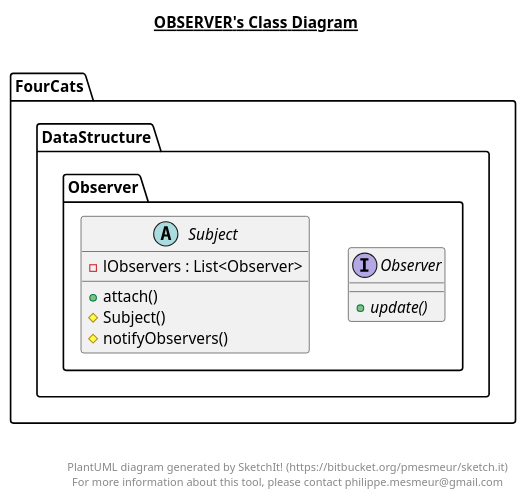
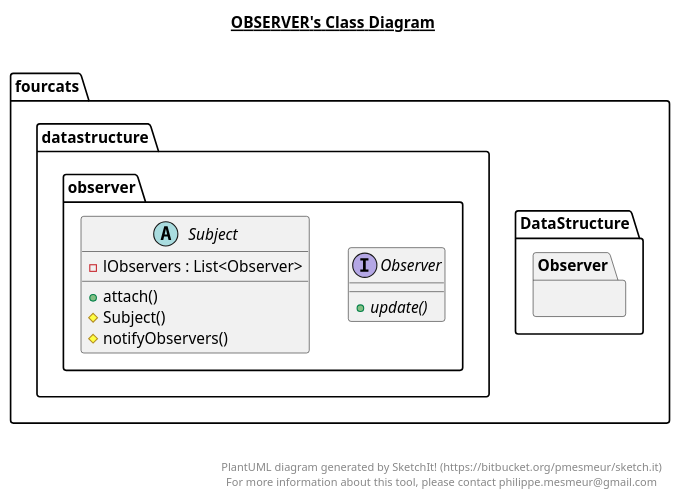
One commit to fourcatsteam/NaturalAPI changed the diagram in NaturalAPI_Design/src/main/java/fourcats/datastructure/observer/Observer.plantuml. Above: the diagram before and after it, drawn with PlantUML. The commit also changed 15 other files, not shown here.

```diff
--- a/NaturalAPI_Design/src/main/java/fourcats/datastructure/observer/Observer.plantuml
+++ b/NaturalAPI_Design/src/main/java/fourcats/datastructure/observer/Observer.plantuml
@@ -1,39 +1,39 @@
 @startuml
 
 title __OBSERVER's Class Diagram__\n
 
-  namespace FourCats {
+  namespace fourcats {
     namespace DataStructure {
       namespace Observer {
-        interface FourCats.DataStructure.Observer.Observer {
+        interface fourcats.datastructure.observer.Observer {
             {abstract} + update()
         }
       }
     }
   }
   
 
-  namespace FourCats {
+  namespace fourcats {
     namespace DataStructure {
       namespace Observer {
-        abstract class FourCats.DataStructure.Observer.Subject {
+        abstract class fourcats.datastructure.observer.Subject {
             - lObservers : List<Observer>
             + attach()
             # Subject()
             # notifyObservers()
         }
       }
     }
   }
   
 
 
 
 right footer
 
 
 PlantUML diagram generated by SketchIt! (https://bitbucket.org/pmesmeur/sketch.it)
 For more information about this tool, please contact philippe.mesmeur@gmail.com
 endfooter
 
 @enduml
```
